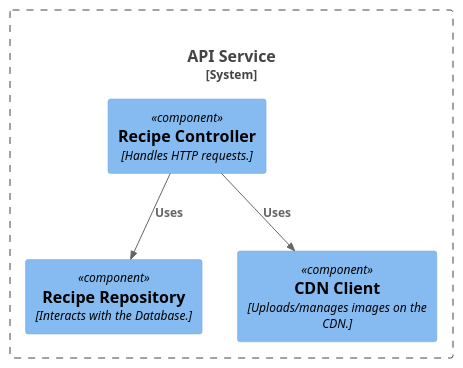
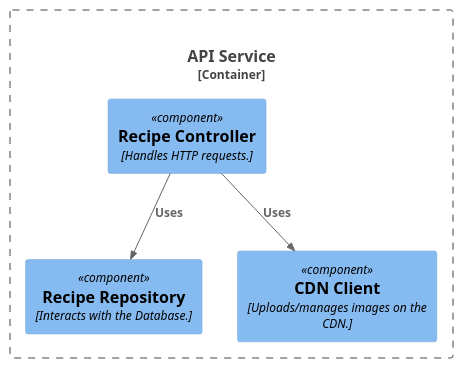
The diagram in templates/c4/c4-3.puml (hwblx/qpr), drawn with PlantUML before and after one commit. The commit also changed 2 other files, not shown here.

```diff
--- a/templates/c4/c4-3.puml
+++ b/templates/c4/c4-3.puml
@@ -1,51 +1,51 @@
 @startuml
 !include <C4/C4_Context>
 !include <C4/C4_Container>
 !include <C4/C4_Component>
 
 /'
 C3 – Component Diagram
 
 Purpose:
 Shows the internal structure of a single *Container by decomposing it into
 *Components, their responsibilities, and the relationships between them.
 
 Scope:
 - Exactly one *Container from the C2 Container Diagram
 - The container is treated as the system boundary at this level
 
 *Container:
 - The container being decomposed (e.g., API, backend service, web application)
 
 *Components:
 - Components within the container, each representing a cohesive unit of
   functionality with a well-defined responsibility and interface
   (e.g., controllers, services, repositories)
 
 *Relationships:
 - Component -> Component: Interactions within the container
 - Component -> External Software System: Calls made directly from the container
 - Component -> Container (external): Calls to other containers, when relevant
 
 Design Notes:
 - This diagram captures the internal design and structure of a container
 - Design patterns and architectural patterns may be shown where they help
   explain responsibility, direction of dependencies, or extensibility
   (e.g., MVC, layered architecture, hexagonal / ports and adapters, CQRS)
 - Components should be coarse-grained and meaningful; avoid modeling
   classes, utilities, or framework internals
 - Cross-cutting concerns (e.g., logging, security) may be implied rather
   than explicitly shown
 - Class-level design and detailed implementation belong to the Code (C4) level
 '/
 
-System_Boundary(api_boundary, "API Service") {
+Container_Boundary(api_boundary, "API Service") {
     Component(recipe_controller, "Recipe Controller", "Handles HTTP requests.")
     Component(recipe_repository, "Recipe Repository", "Interacts with the Database.")
     Component(cdn_client, "CDN Client", "Uploads/manages images on the CDN.")
 }
 
 Rel(recipe_controller, recipe_repository, "Uses")
 Rel(recipe_controller, cdn_client, "Uses")
 
 @enduml
```
